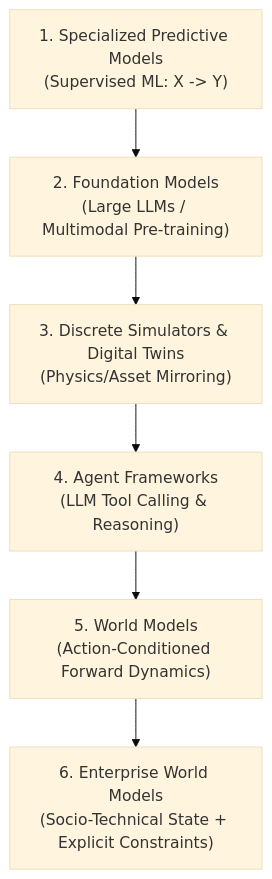
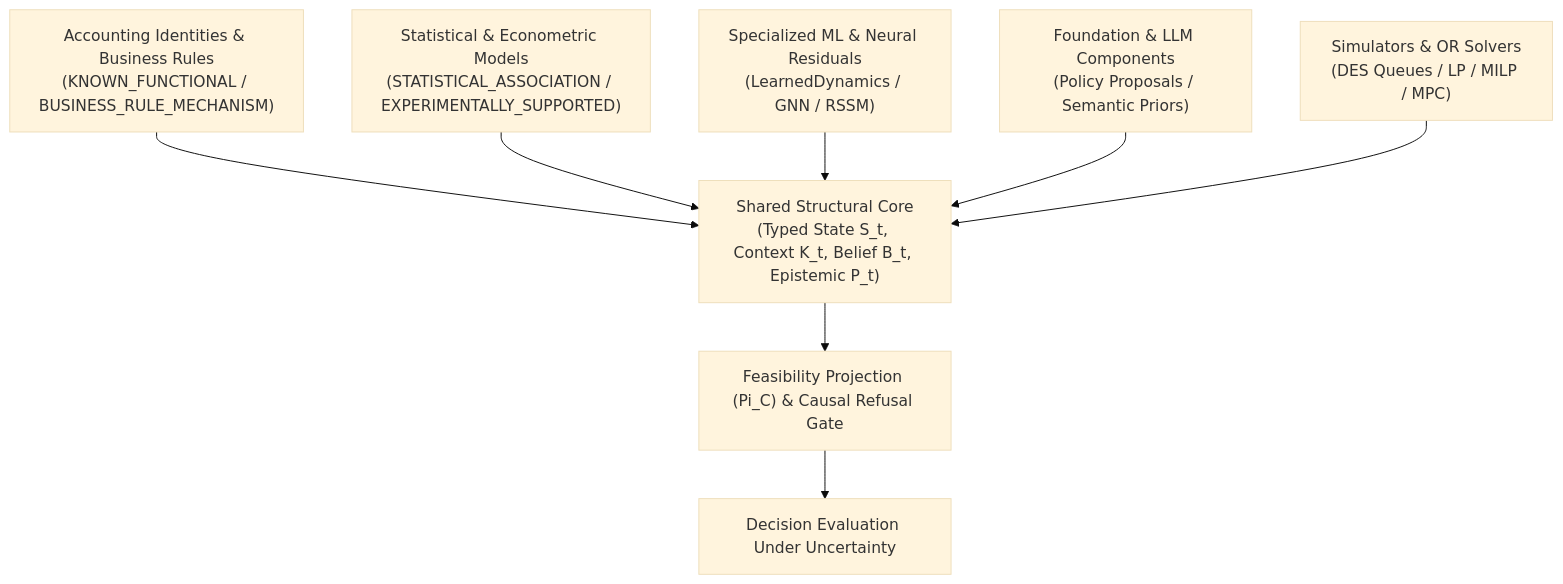
The first of 2 diagrams in docs/concepts/world-models.md (vfcarida/Enterprise-World-Model-Engine), drawn with Mermaid (base theme) before and after one commit. The commit also changed other lines of this file and 95 other files, not shown here.

````diff
--- a/docs/concepts/world-models.md
+++ b/docs/concepts/world-models.md
@@ -7,11 +10,13 @@
 ```mermaid
 flowchart TD
-    accTitle: Evolution of Artificial Intelligence Modeling Paradigms
-    accDescr: Taxonomy tracing the evolution from specialized supervised ML to foundation models, simulators, and Enterprise World Models.
+    accTitle: Plural Mechanisms Inside an Enterprise World Model Core
+    accDescr: Diagram showing how rules, statistical estimators, learned/neural models, foundation models, and optimizers plug into a shared typed state and decision-evaluation contract.
 
-    SPEC["1. Specialized Predictive Models<br/>(Supervised ML: X -> Y)"] --> FOUND["2. Foundation Models<br/>(Large LLMs / Multimodal Pre-training)"]
-    FOUND --> SIM["3. Discrete Simulators & Digital Twins<br/>(Physics/Asset Mirroring)"]
-    SIM --> AGENT["4. Agent Frameworks<br/>(LLM Tool Calling & Reasoning)"]
-    AGENT --> WM["5. World Models<br/>(Action-Conditioned Forward Dynamics)"]
-    WM --> EWM["6. Enterprise World Models<br/>(Socio-Technical State + Explicit Constraints)"]
+    RULES["Accounting Identities & Business Rules<br/>(KNOWN_FUNCTIONAL / BUSINESS_RULE_MECHANISM)"] --> CORE["Shared Structural Core<br/>(Typed State S_t, Context K_t, Belief B_t, Epistemic P_t)"]
+    STAT["Statistical & Econometric Models<br/>(STATISTICAL_ASSOCIATION / EXPERIMENTALLY_SUPPORTED)"] --> CORE
+    ML["Specialized ML & Neural Residuals<br/>(LearnedDynamics / GNN / RSSM)"] --> CORE
+    FOUND["Foundation & LLM Components<br/>(Policy Proposals / Semantic Priors)"] --> CORE
+    OPT["Simulators & OR Solvers<br/>(DES Queues / LP / MILP / MPC)"] --> CORE
+    CORE --> GATE["Feasibility Projection (Pi_C) & Causal Refusal Gate"]
+    GATE --> DEC["Decision Evaluation Under Uncertainty"]
 ```
````
